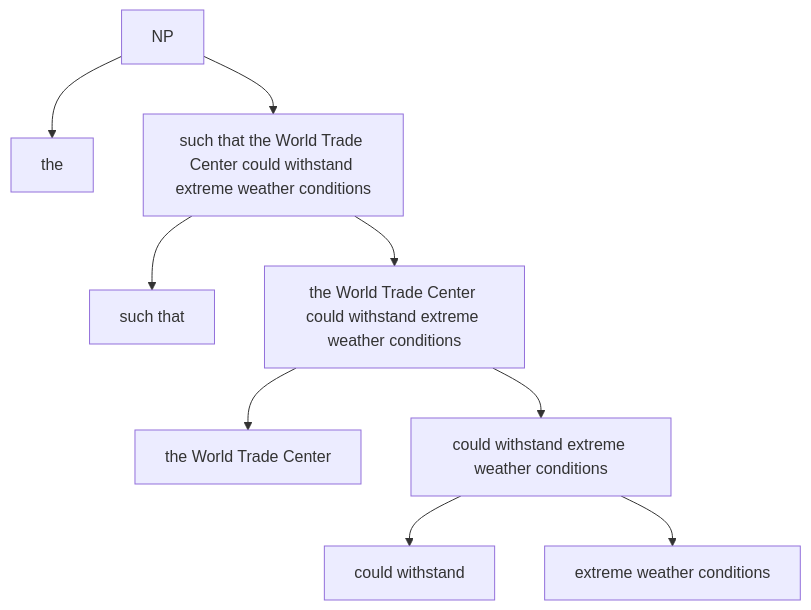
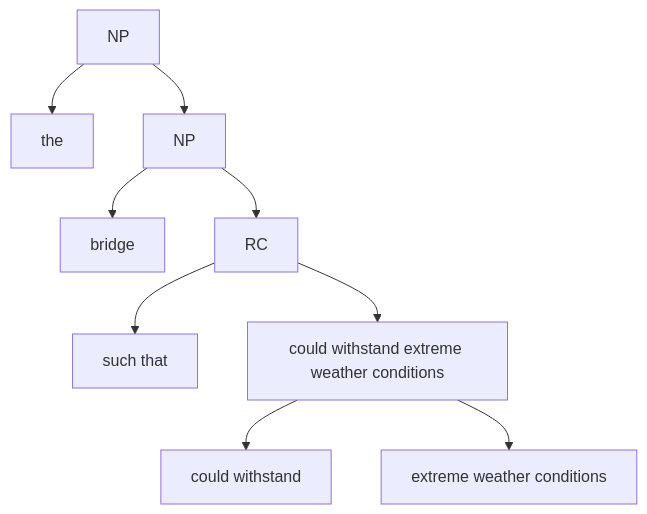
One commit to haozeli-ling/Semantic-Analysis changed the first of 2 diagrams in 11. Binding and abstraction.md. Above: the diagram before and after it, drawn with Mermaid.

Commit message:
Update 11. Binding and abstraction.md

````diff
--- a/11. Binding and abstraction.md
+++ b/11. Binding and abstraction.md
@@ -25,12 +25,12 @@
 ```mermaid
 graph TD
     A[NP]
     A --> B[the]
-    A --> C[such that the World Trade Center could withstand extreme weather conditions]
-    C --> D[such that]
-    C --> E[the World Trade Center could withstand extreme weather conditions]
-    E --> F[the World Trade Center]
+    A --> C[NP]
+    C --> D[bridge]
+    C --> E[RC]
+    E --> F[such that]
     E --> G[could withstand extreme weather conditions]
     G --> H[could withstand]
     G --> I[extreme weather conditions]
 ``` 
````
